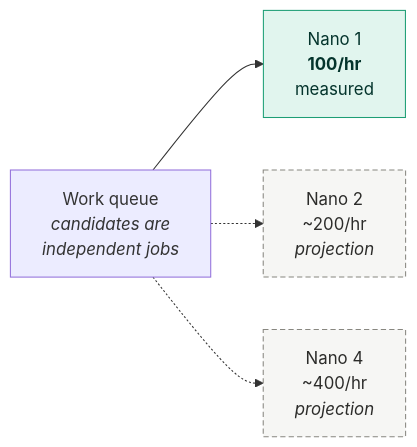
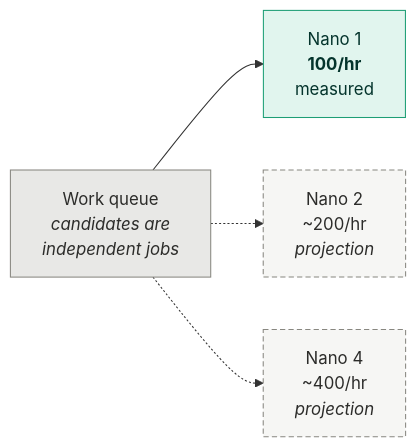
Before and after one commit to nitishsjsucs/neofold-edge: the seventh of 7 diagrams in README.md, drawn with Mermaid. The commit also changed other lines of this file, not shown here.

````diff
--- a/README.md
+++ b/README.md
@@ -369,10 +377,11 @@
 ```mermaid
 flowchart LR
     Q["Work queue<br/><i>candidates are<br/>independent jobs</i>"]
+    style Q fill:#e8e8e6,stroke:#888780,color:#2c2c2a
     Q --> N1["Nano 1<br/><b>100/hr</b><br/>measured"]
     Q -.-> N2["Nano 2<br/>~200/hr<br/><i>projection</i>"]
     Q -.-> N4["Nano 4<br/>~400/hr<br/><i>projection</i>"]
     style N1 fill:#e1f5ee,stroke:#1d9e75,color:#04342c
     style N2 fill:#f6f6f4,stroke:#888780,stroke-dasharray:5 3,color:#2c2c2a
     style N4 fill:#f6f6f4,stroke:#888780,stroke-dasharray:5 3,color:#2c2c2a
 ```
````
